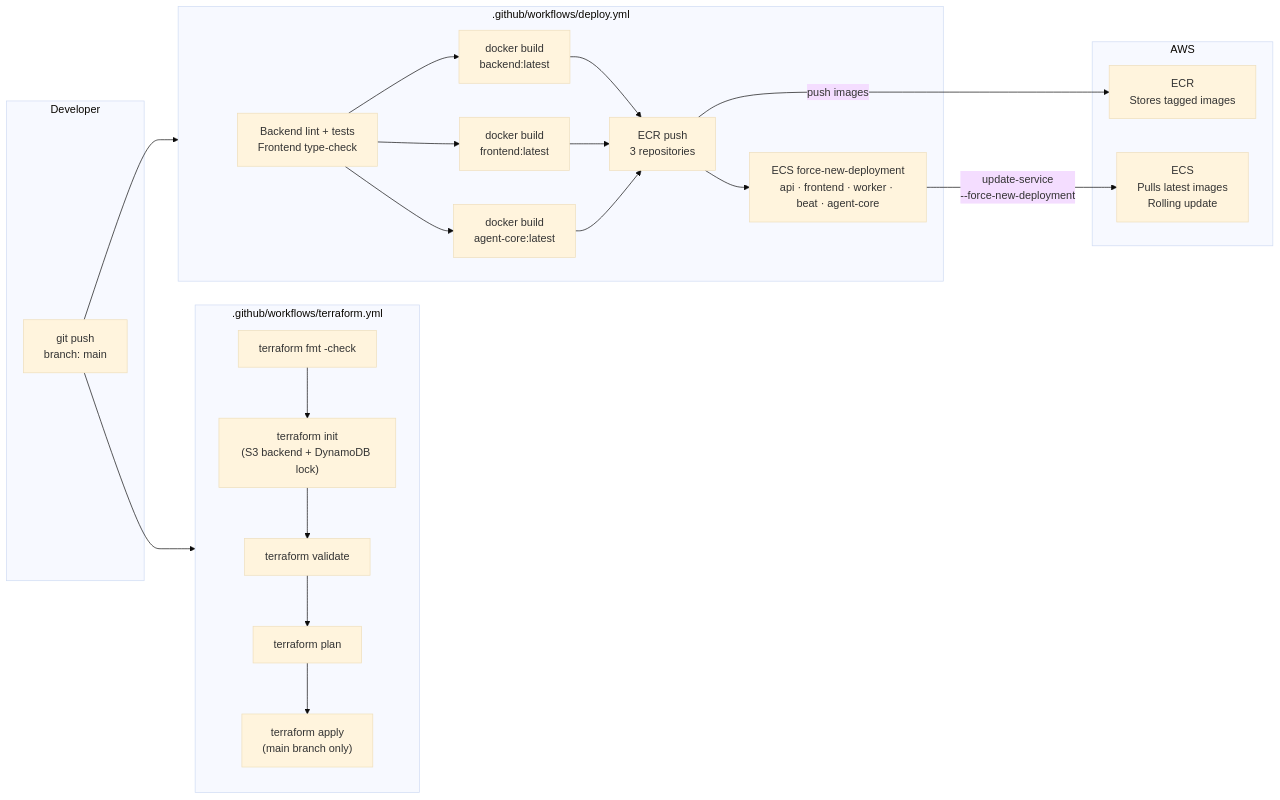
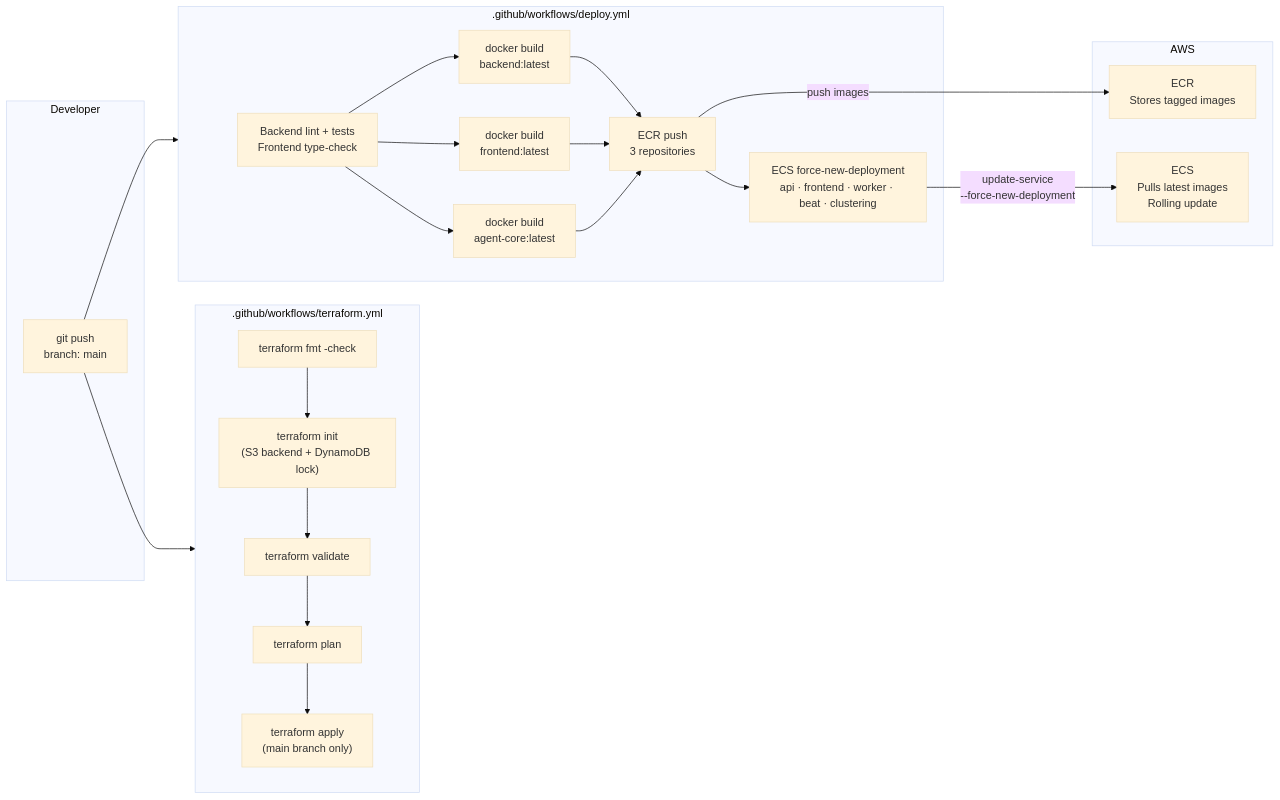
One commit to pdz1804/tech-new-mystery changed the second of 3 diagrams in docs/DEPLOYMENT_ARCHITECTURE.md. Above: the diagram before and after it, drawn with Mermaid (base theme). The commit also changed other lines of this file, not shown here.

First line of the commit message:
Fix DEPLOYMENT_ARCHITECTURE.md based on Terraform/workflow audit

````diff
--- a/docs/DEPLOYMENT_ARCHITECTURE.md
+++ b/docs/DEPLOYMENT_ARCHITECTURE.md
@@ -264,38 +264,38 @@
 ```mermaid
 graph LR
     subgraph Dev["Developer"]
         CODE["git push\nbranch: main"]
     end
 
     subgraph TerraformPipeline[".github/workflows/terraform.yml"]
         TF1["terraform fmt -check"]
         TF2["terraform init\n(S3 backend + DynamoDB lock)"]
         TF3["terraform validate"]
         TF4["terraform plan"]
         TF5["terraform apply\n(main branch only)"]
         TF1 --> TF2 --> TF3 --> TF4 --> TF5
     end
 
     subgraph AppPipeline[".github/workflows/deploy.yml"]
         LINT["Backend lint + tests\nFrontend type-check"]
         BUILD1["docker build\nbackend:latest"]
         BUILD2["docker build\nfrontend:latest"]
         BUILD3["docker build\nagent-core:latest"]
         PUSH["ECR push\n3 repositories"]
-        DEPLOY["ECS force-new-deployment\napi · frontend · worker · beat · agent-core"]
+        DEPLOY["ECS force-new-deployment\napi · frontend · worker · beat · clustering"]
         LINT --> BUILD1 & BUILD2 & BUILD3
         BUILD1 & BUILD2 & BUILD3 --> PUSH
         PUSH --> DEPLOY
     end
 
     CODE --> TerraformPipeline
     CODE --> AppPipeline
 
     subgraph AWSCI["AWS"]
         ECR2["ECR\nStores tagged images"]
         ECS2["ECS\nPulls latest images\nRolling update"]
     end
 
     PUSH -->|"push images"| ECR2
     DEPLOY -->|"update-service\n--force-new-deployment"| ECS2
 ```
````
